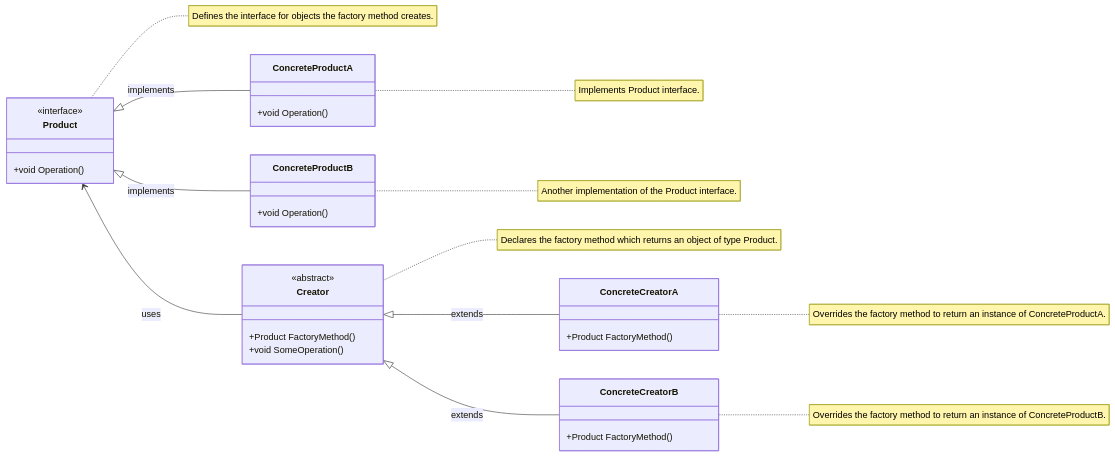
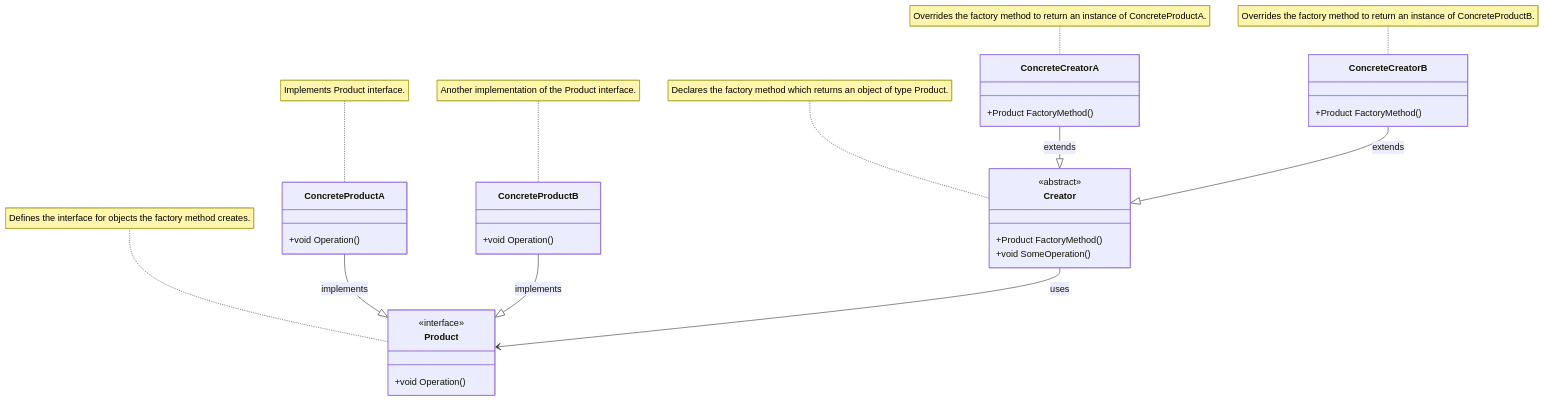
One commit to IxI-Enki/PoseUebung-016 changed the first of 2 diagrams in diagrams/factory.md. Above: the diagram before and after it, drawn with Mermaid.

````diff
--- a/diagrams/factory.md
+++ b/diagrams/factory.md
@@ -5,43 +5,43 @@
 ```mermaid
 classDiagram
-    direction RL
+    direction TB
     class Product {
         <<interface>>
         +void Operation()
     }
     
     class ConcreteProductA {
         +void Operation()
     }
     class ConcreteProductB {
         +void Operation()
     }
     
     ConcreteProductA --|> Product : implements
     ConcreteProductB --|> Product : implements
 
     class Creator {
         <<abstract>>
         +Product FactoryMethod()
         +void SomeOperation()
     }
 
     class ConcreteCreatorA {
         +Product FactoryMethod()
     }
     class ConcreteCreatorB {
         +Product FactoryMethod()
     }
 
     ConcreteCreatorA --|> Creator : extends
     ConcreteCreatorB --|> Creator : extends
 
     Creator --> Product : uses
 
     note for Product "Defines the interface for objects the factory method creates."
     note for ConcreteProductA "Implements Product interface."
     note for ConcreteProductB "Another implementation of the Product interface."
     note for Creator "Declares the factory method which returns an object of type Product."
     note for ConcreteCreatorA "Overrides the factory method to return an instance of ConcreteProductA."
     note for ConcreteCreatorB "Overrides the factory method to return an instance of ConcreteProductB."
 ```
````
